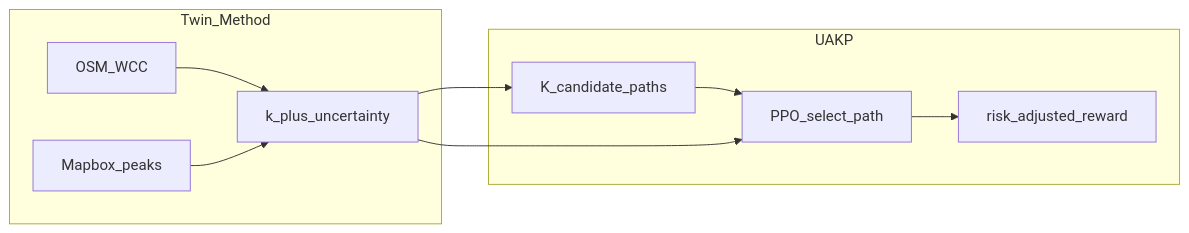
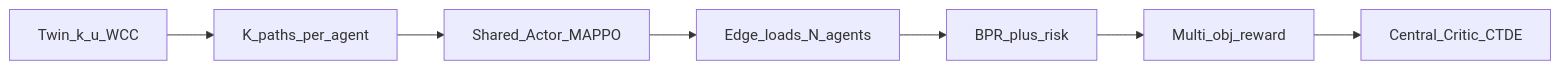
One commit to khoihoangminh05/hcmc-traffic-rl changed the diagram in .docs/RESEARCH_ONE_PAPER.md. Above: the diagram before and after it, drawn with Mermaid. The commit also changed other lines of this file and 11 other files, not shown here.

First line of the commit message:
Add MAPPO multi-agent congestion train path for Quận 4.

````diff
--- a/.docs/RESEARCH_ONE_PAPER.md
+++ b/.docs/RESEARCH_ONE_PAPER.md
@@ -7,18 +7,9 @@
 ```mermaid
 flowchart LR
-  subgraph twin [Twin_Method]
-    OSM[OSM_WCC]
-    MB[Mapbox_peaks]
-    FUSE[k_plus_uncertainty]
-    OSM --> FUSE
-    MB --> FUSE
-  end
-  subgraph uakp [UAKP]
-    CAND[K_candidate_paths]
-    POL[PPO_select_path]
-    RISK[risk_adjusted_reward]
-    CAND --> POL --> RISK
-  end
-  FUSE --> CAND
-  FUSE --> POL
+  twin[Twin_k_u_WCC] --> cand[K_paths_per_agent]
+  cand --> actors[Shared_Actor_MAPPO]
+  actors --> loads[Edge_loads_N_agents]
+  loads --> bpr[BPR_plus_risk]
+  bpr --> rew[Multi_obj_reward]
+  rew --> critic[Central_Critic_CTDE]
 ```
````
